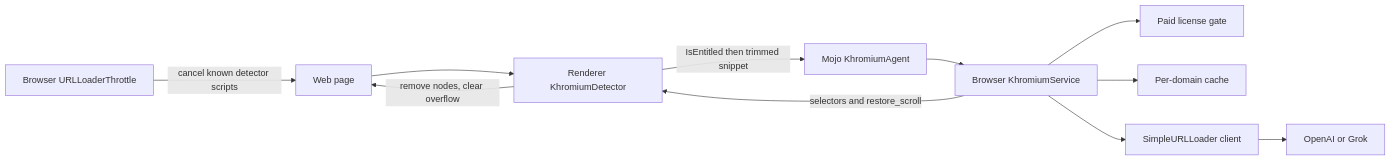
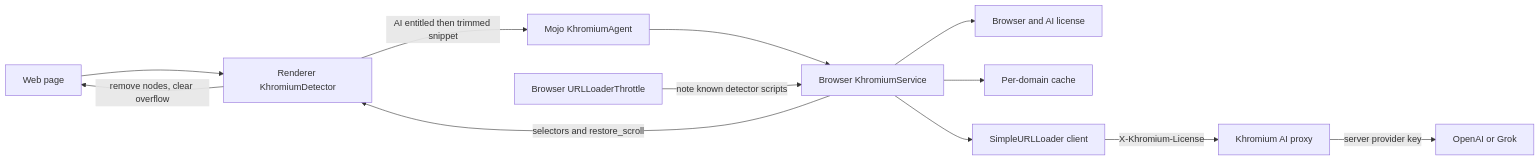
Before and after one commit to KannanSA/Khromium: the diagram in docs/khromium/architecture.md, drawn with Mermaid. The commit also changed other lines of this file and 38 other files, not shown here.

````diff
--- a/docs/khromium/architecture.md
+++ b/docs/khromium/architecture.md
@@ -5,22 +5,24 @@
 ```mermaid
 flowchart LR
   page[Web page]
   detector[Renderer KhromiumDetector]
   mojo[Mojo KhromiumAgent]
   service[Browser KhromiumService]
-  license[Paid license gate]
+  license[Browser and AI license]
   cache[Per-domain cache]
   client[SimpleURLLoader client]
+  proxy[Khromium AI proxy]
   api[OpenAI or Grok]
   throttle[Browser URLLoaderThrottle]
   page --> detector
-  detector -->|IsEntitled then trimmed snippet| mojo
+  detector -->|AI entitled then trimmed snippet| mojo
   mojo --> service
   service --> license
   service --> cache
   service --> client
-  client --> api
+  client -->|X-Khromium-License| proxy
+  proxy -->|server provider key| api
   service -->|selectors and restore_scroll| detector
   detector -->|remove nodes, clear overflow| page
-  throttle -->|cancel known detector scripts| page
+  throttle -->|note known detector scripts| service
 ```
````
